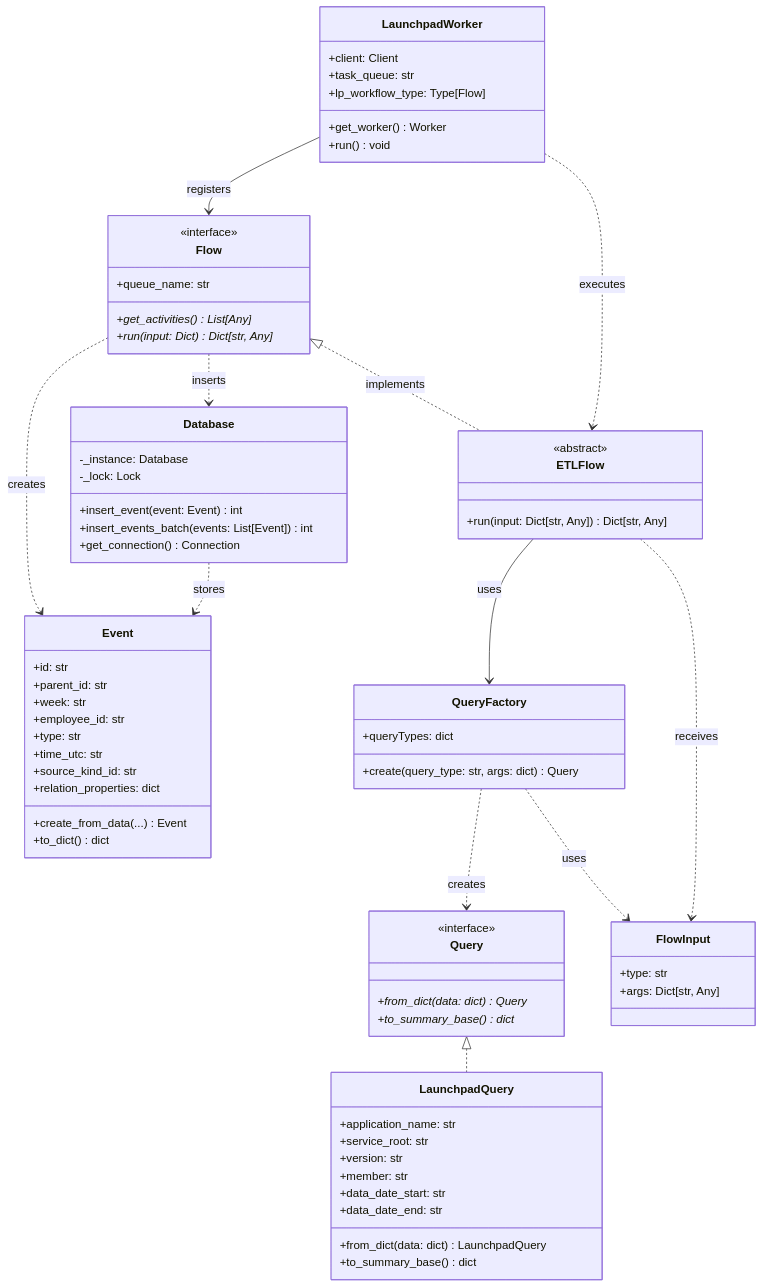
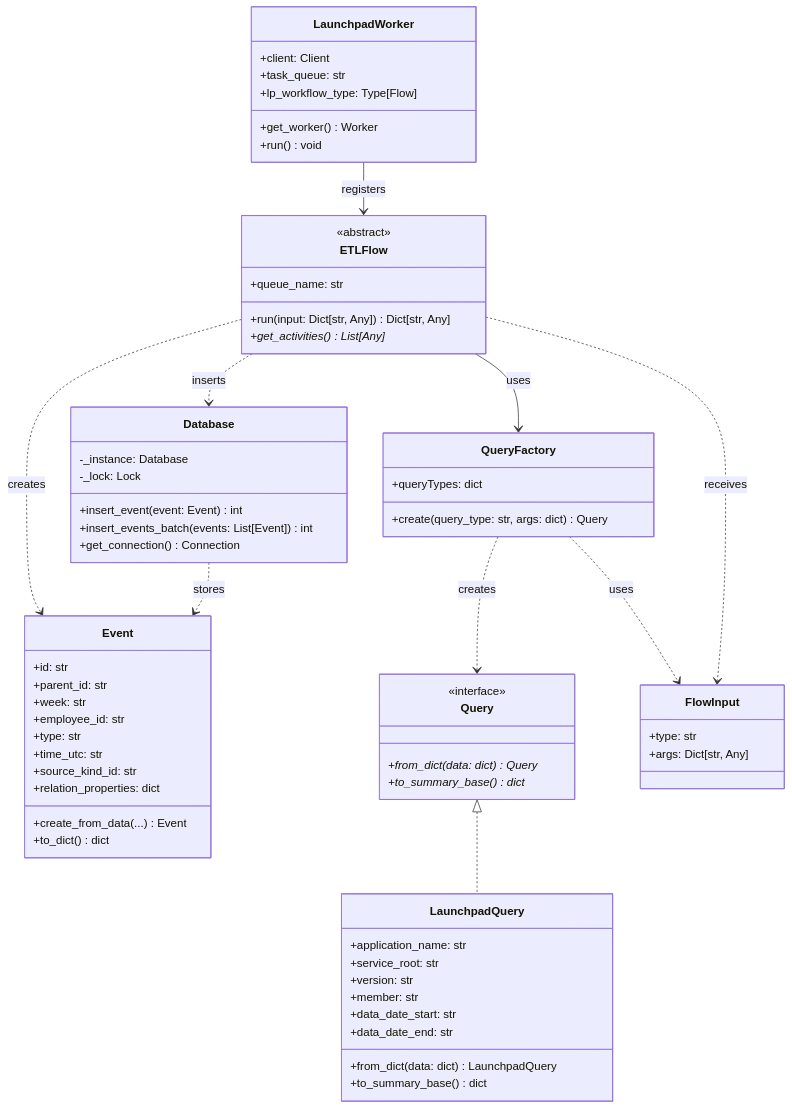
The diagram in README.md (josecabralf/TemporalETL), drawn with Mermaid before and after one commit. The commit also changed other lines of this file and 2 other files, not shown here.

````diff
--- a/README.md
+++ b/README.md
@@ -18,15 +30,10 @@
 ```mermaid
 classDiagram
-    class Flow {
-        <<interface>>
-        +queue_name: str
-        +get_activities()* List[Any]
-        +run(input: Dict)* Dict[str, Any]
-    }
-    
     class ETLFlow {
         <<abstract>>
+        +queue_name: str
         +run(input: Dict[str, Any]) Dict[str, Any]
+        +get_activities()* List[Any]
     }
     
     class Event {
@@ -85,11 +92,9 @@
         +run() void
     }
     
-    Flow <|.. ETLFlow : implements
     ETLFlow --> QueryFactory : uses
-    
-    Flow ..> Event : creates
-    Flow ..> Database : inserts
+    ETLFlow ..> Event : creates
+    ETLFlow ..> Database : inserts
     
     Query <|.. LaunchpadQuery
     QueryFactory ..> Query : creates
@@ -97,8 +102,7 @@
     
     ETLFlow ..> FlowInput : receives
     
-    LaunchpadWorker --> Flow : registers
-    LaunchpadWorker ..> ETLFlow : executes
+    LaunchpadWorker --> ETLFlow : registers
     
     Database ..> Event : stores
 ```
````
